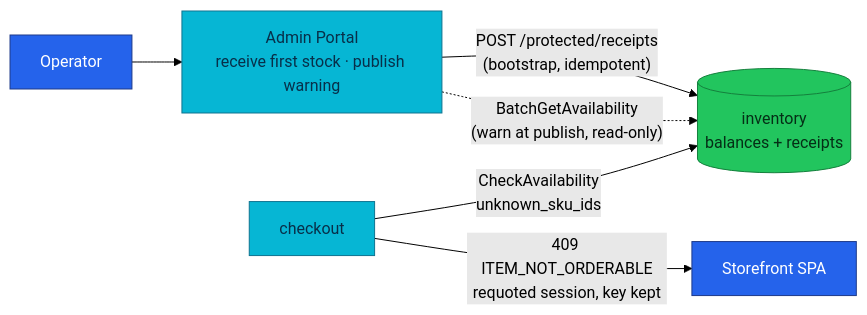
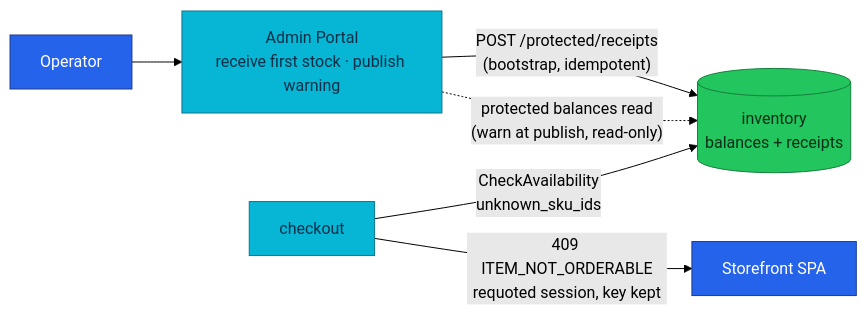
One commit to duynhlab/homelab changed the diagram in docs/proposals/adr/ADR-053-untracked-sku-operator-data-not-outage/README.md. Above: the diagram before and after it, drawn with Mermaid (forest theme). The commit also changed other lines of this file and 6 other files, not shown here.

````diff
--- a/docs/proposals/adr/ADR-053-untracked-sku-operator-data-not-outage/README.md
+++ b/docs/proposals/adr/ADR-053-untracked-sku-operator-data-not-outage/README.md
@@ -143,18 +143,18 @@
 ```mermaid
 flowchart LR
   OP["Operator"]:::edge
   PORTAL["Admin Portal<br/>receive first stock · publish warning"]:::service
   INV[("inventory<br/>balances + receipts")]:::data
   CK["checkout"]:::service
   SPA["Storefront SPA"]:::edge
 
   OP --> PORTAL
   PORTAL -->|"POST /protected/receipts<br/>(bootstrap, idempotent)"| INV
-  PORTAL -.->|"BatchGetAvailability<br/>(warn at publish, read-only)"| INV
+  PORTAL -.->|"protected balances read<br/>(warn at publish, read-only)"| INV
   CK -->|"CheckAvailability<br/>unknown_sku_ids"| INV
   CK -->|"409 ITEM_NOT_ORDERABLE<br/>requoted session, key kept"| SPA
 
   classDef edge fill:#2563eb,color:#fff,stroke:#1e3a8a;
   classDef service fill:#06b6d4,color:#082f49,stroke:#0e7490;
   classDef data fill:#22c55e,color:#052e16,stroke:#15803d;
 ```
````
